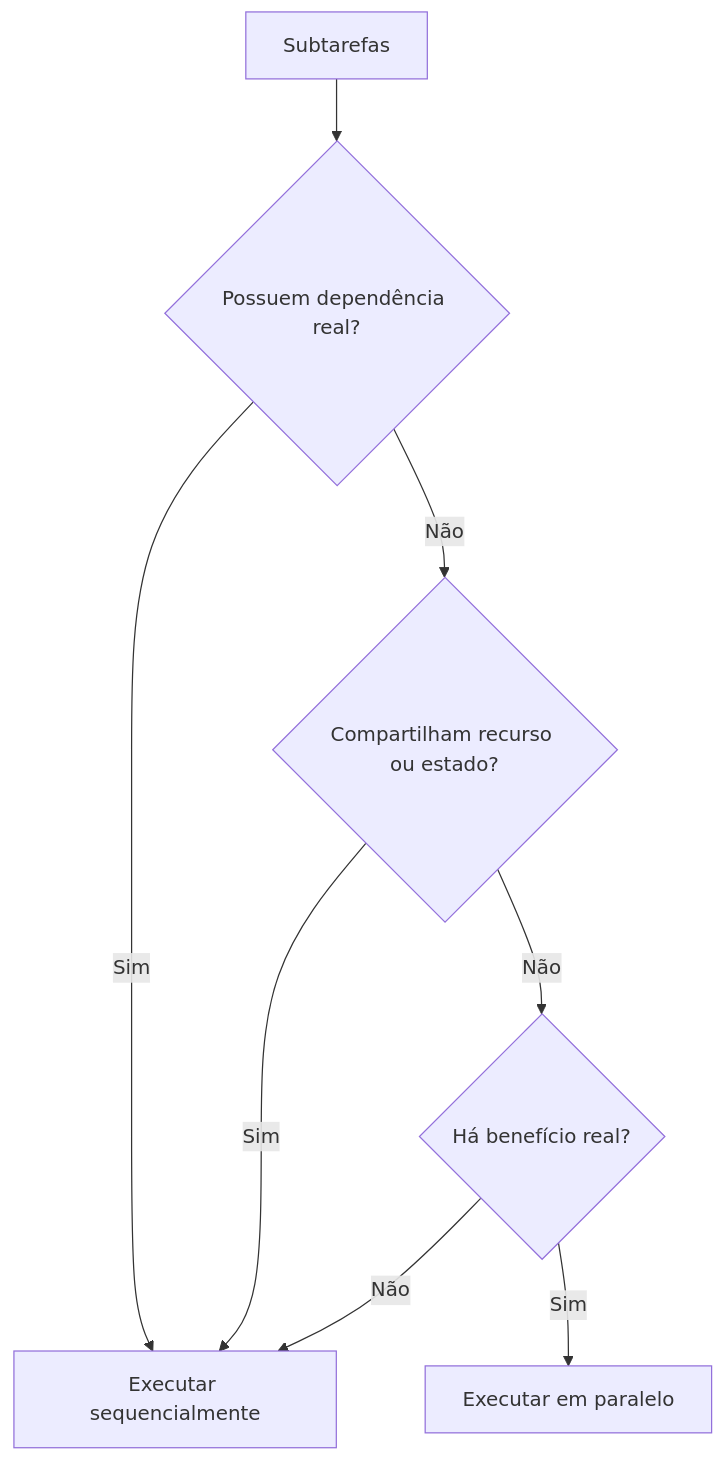
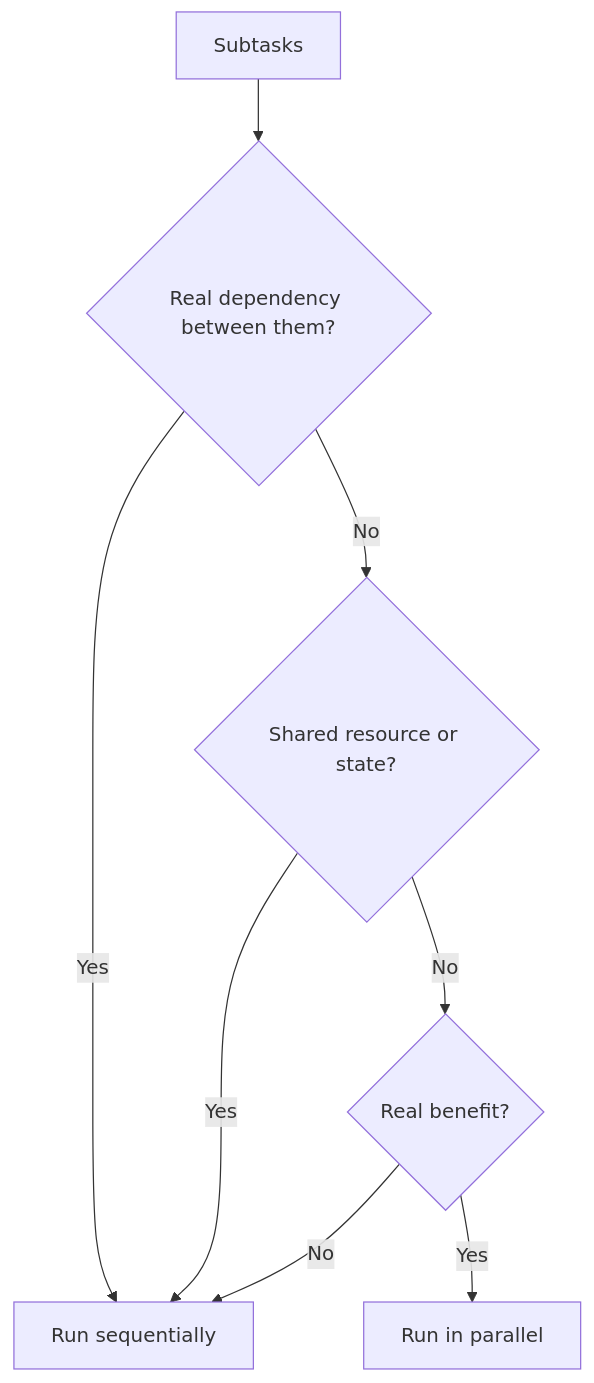
Before and after one commit to rpelizza/PelizzAI: the fourth of 6 diagrams in .claude/skills/pelizzai-reasoning/techniques/structured-decomposition.md, drawn with Mermaid. The commit also changed other lines of this file and 362 other files, not shown here.

````diff
--- a/.claude/skills/pelizzai-reasoning/techniques/structured-decomposition.md
+++ b/.claude/skills/pelizzai-reasoning/techniques/structured-decomposition.md
@@ -546,10 +546,10 @@
 ```mermaid
 flowchart TD
-    A[Subtarefas] --> B{Possuem dependência real?}
-    B -- Sim --> C[Executar sequencialmente]
-    B -- Não --> D{Compartilham recurso ou estado?}
-    D -- Sim --> C
-    D -- Não --> E{Há benefício real?}
-    E -- Sim --> F[Executar em paralelo]
-    E -- Não --> C
+    A[Subtasks] --> B{Real dependency between them?}
+    B -- Yes --> C[Run sequentially]
+    B -- No --> D{Shared resource or state?}
+    D -- Yes --> C
+    D -- No --> E{Real benefit?}
+    E -- Yes --> F[Run in parallel]
+    E -- No --> C
 ```
````
